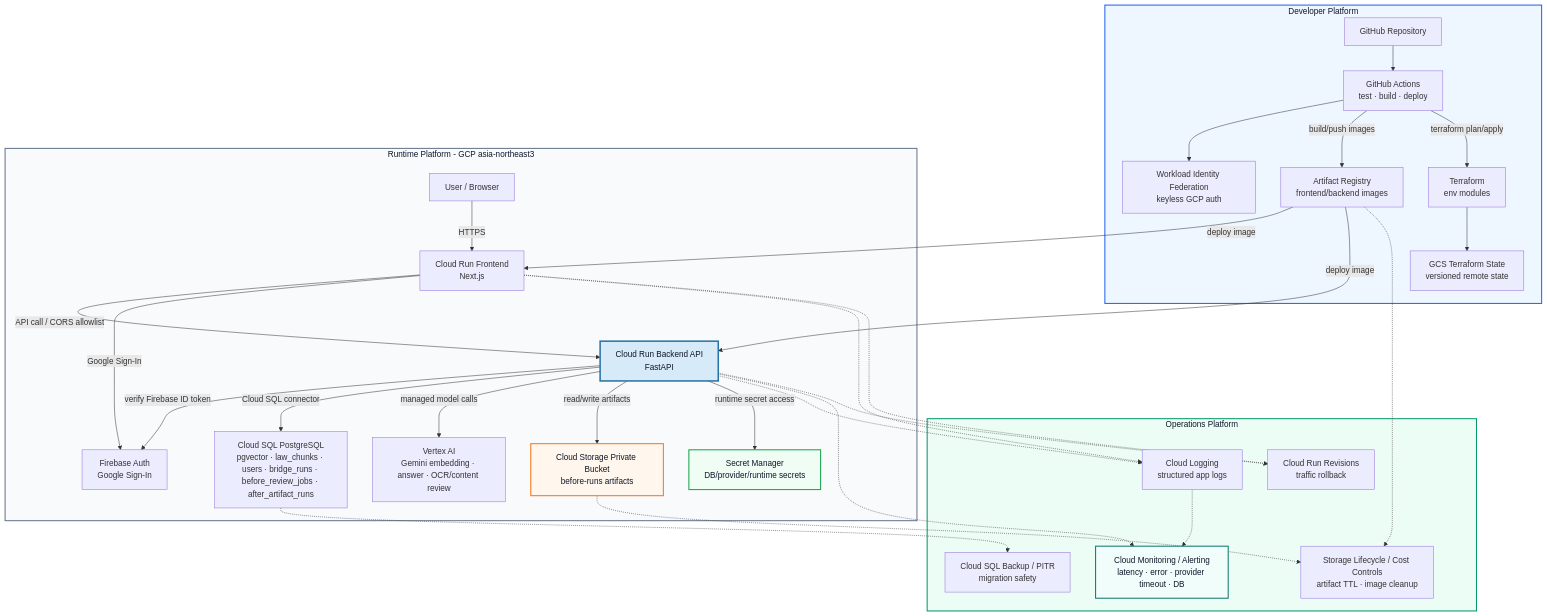
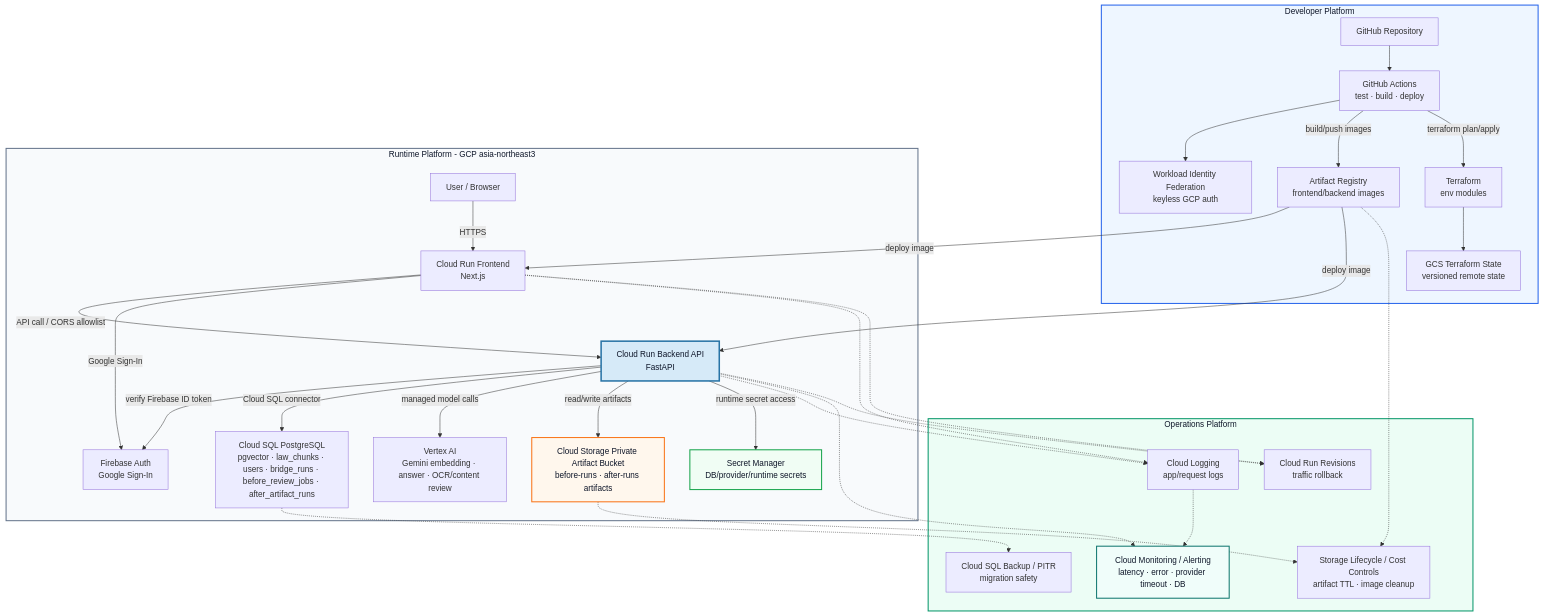
One commit to 2026-moel-datacontest-core/law_main_road_main changed the diagram in docs/architecture/cloud_migration_architecture.mmd. Above: the diagram before and after it, drawn with Mermaid. The commit also changed 19 other files, not shown here.

```diff
--- a/docs/architecture/cloud_migration_architecture.mmd
+++ b/docs/architecture/cloud_migration_architecture.mmd
@@ -1,63 +1,63 @@
 flowchart TB
     subgraph DEV["Developer Platform"]
         GitHub["GitHub Repository"]
         Actions["GitHub Actions<br/>test · build · deploy"]
         WIF["Workload Identity Federation<br/>keyless GCP auth"]
         AR["Artifact Registry<br/>frontend/backend images"]
         TF["Terraform<br/>env modules"]
         TFState["GCS Terraform State<br/>versioned remote state"]
     end
 
     subgraph RUNTIME["Runtime Platform - GCP asia-northeast3"]
         User["User / Browser"]
         Frontend["Cloud Run Frontend<br/>Next.js"]
         Backend["Cloud Run Backend API<br/>FastAPI"]
         Firebase["Firebase Auth<br/>Google Sign-In"]
         SQL["Cloud SQL PostgreSQL<br/>pgvector · law_chunks · users · bridge_runs · before_review_jobs · after_artifact_runs"]
         Vertex["Vertex AI<br/>Gemini embedding · answer · OCR/content review"]
-        Storage["Cloud Storage Private Bucket<br/>before-runs artifacts"]
+        Storage["Cloud Storage Private Artifact Bucket<br/>before-runs · after-runs artifacts"]
         Secrets["Secret Manager<br/>DB/provider/runtime secrets"]
     end
 
     subgraph OPS["Operations Platform"]
-        Logging["Cloud Logging<br/>structured app logs"]
+        Logging["Cloud Logging<br/>app/request logs"]
         Monitoring["Cloud Monitoring / Alerting<br/>latency · error · provider timeout · DB"]
         Rollback["Cloud Run Revisions<br/>traffic rollback"]
         Backup["Cloud SQL Backup / PITR<br/>migration safety"]
         Lifecycle["Storage Lifecycle / Cost Controls<br/>artifact TTL · image cleanup"]
     end
 
     GitHub --> Actions
     Actions --> WIF
     Actions -->|build/push images| AR
     Actions -->|terraform plan/apply| TF
     TF --> TFState
     AR -->|deploy image| Frontend
     AR -->|deploy image| Backend
 
     User -->|HTTPS| Frontend
     Frontend -->|API call / CORS allowlist| Backend
     Frontend -->|Google Sign-In| Firebase
     Backend -->|verify Firebase ID token| Firebase
     Backend -->|Cloud SQL connector| SQL
     Backend -->|managed model calls| Vertex
     Backend -->|read/write artifacts| Storage
     Backend -->|runtime secret access| Secrets
 
     Backend -.-> Logging
     Frontend -.-> Logging
     Logging -.-> Monitoring
     Backend -.-> Monitoring
     SQL -.-> Backup
     Storage -.-> Lifecycle
     AR -.-> Lifecycle
     Backend -.-> Rollback
     Frontend -.-> Rollback
 
     style DEV fill:#EEF6FF,stroke:#2563EB,stroke-width:2px,color:#0F172A
     style RUNTIME fill:#F8FAFC,stroke:#64748B,stroke-width:2px,color:#0F172A
     style OPS fill:#ECFDF5,stroke:#059669,stroke-width:2px,color:#0F172A
     style Backend fill:#D6EAF8,stroke:#2874A6,stroke-width:3px,color:#0F172A
     style Storage fill:#FFF7ED,stroke:#F97316,stroke-width:2px,color:#0F172A
     style Secrets fill:#F0FDF4,stroke:#16A34A,stroke-width:2px,color:#0F172A
     style Monitoring fill:#F0FDFA,stroke:#0F766E,stroke-width:2px,color:#0F172A
```
